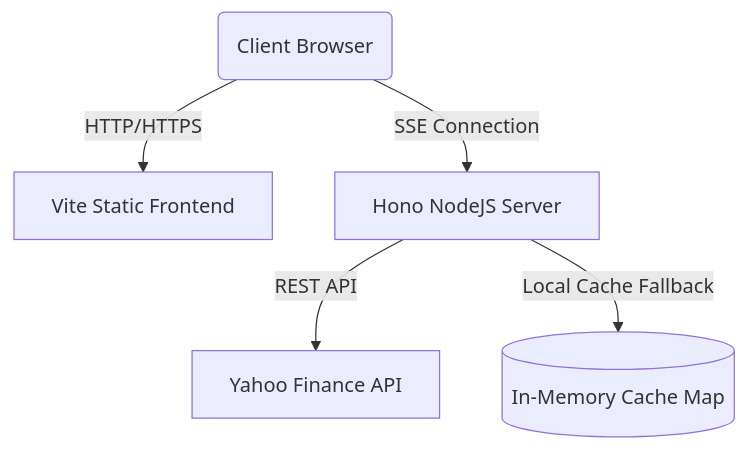
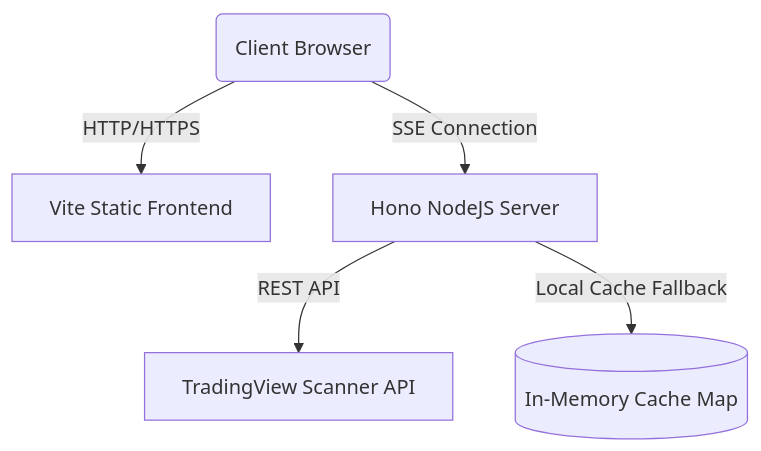
The diagram in deployment/DEPLOYMENT.md (akash-reddy-k/metalpricetracker), drawn with Mermaid before and after one commit. The commit also changed other lines of this file and 5 other files, not shown here.

Commit message:
use trading view data

````diff
--- a/deployment/DEPLOYMENT.md
+++ b/deployment/DEPLOYMENT.md
@@ -9,7 +9,7 @@
 ```mermaid
 graph TD
   User(Client Browser) -->|HTTP/HTTPS| FE[Vite Static Frontend]
   User -->|SSE Connection| BE[Hono NodeJS Server]
-  BE -->|REST API| YF[Yahoo Finance API]
+  BE -->|REST API| TV[TradingView Scanner API]
   BE -->|Local Cache Fallback| Cache[(In-Memory Cache Map)]
 ```
````
